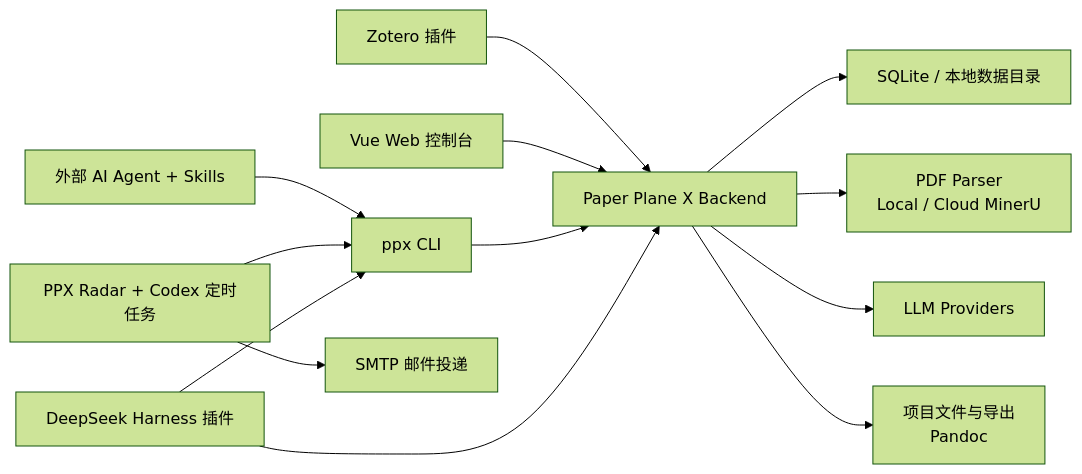
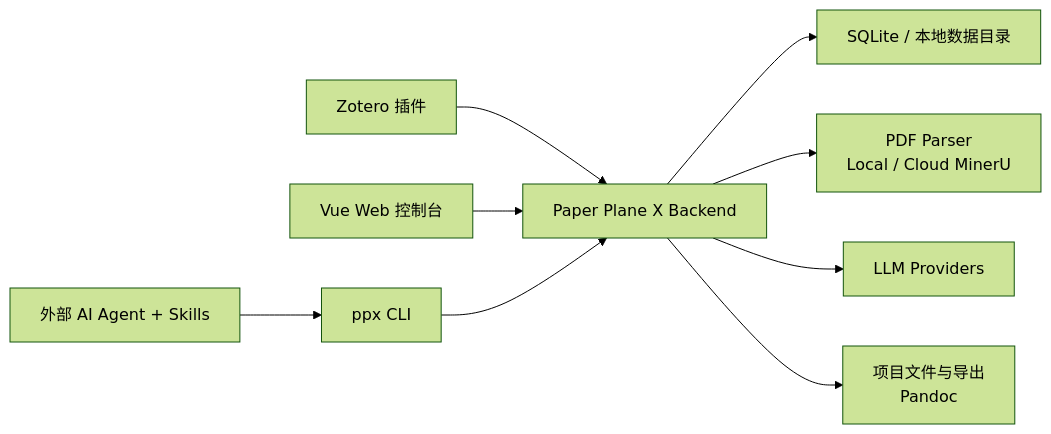
Before and after one commit to WindLX/paper_plane_x: the diagram in README.md, drawn with Mermaid (forest theme). The commit also changed other lines of this file and 5 other files, not shown here.

````diff
--- a/README.md
+++ b/README.md
@@ -64,15 +54,11 @@
 ```mermaid
 flowchart LR
     Z["Zotero 插件"] --> B["Paper Plane X Backend"]
     W["Vue Web 控制台"] --> B
     C["ppx CLI"] --> B
     A["外部 AI Agent + Skills"] --> C
-    R["PPX Radar + Codex 定时任务"] --> C
-    R --> M["SMTP 邮件投递"]
-    H["DeepSeek Harness 插件"] --> C
-    H --> B
     B --> D["SQLite / 本地数据目录"]
     B --> P["PDF Parser\nLocal / Cloud MinerU"]
     B --> L["LLM Providers"]
     B --> F["项目文件与导出\nPandoc"]
 ```
````
